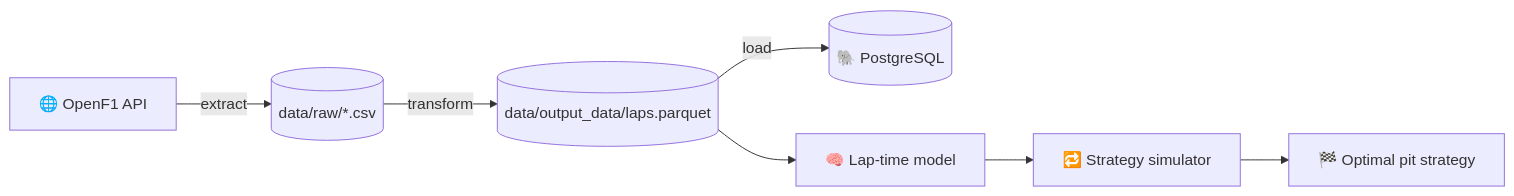
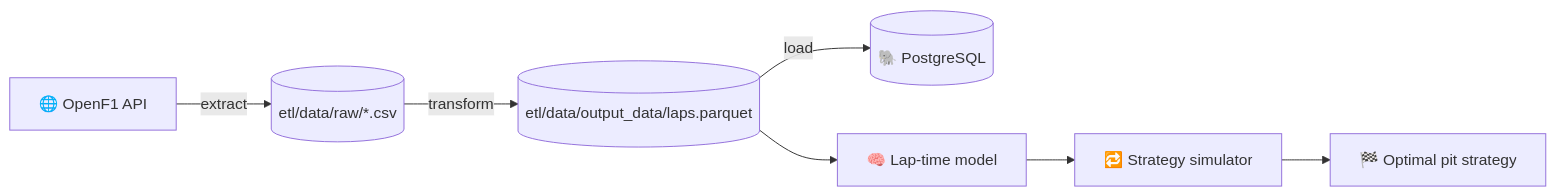
The diagram in README.md (anabbarbosa/predictive_race_strategy), drawn with Mermaid before and after one commit. The commit also changed other lines of this file, not shown here.

Commit message:
fix: update file paths in README for ETL directory structure

````diff
--- a/README.md
+++ b/README.md
@@ -39,9 +39,9 @@
 ```mermaid
 flowchart LR
-    A[🌐 OpenF1 API] -->|extract| B[(data/raw/*.csv)]
-    B -->|transform| C[(data/output_data/laps.parquet)]
+    A[🌐 OpenF1 API] -->|extract| B[(etl/data/raw/*.csv)]
+    B -->|transform| C[(etl/data/output_data/laps.parquet)]
     C -->|load| D[(🐘 PostgreSQL)]
     C --> E[🧠 Lap-time model]
     E --> F[🔁 Strategy simulator]
     F --> G[🏁 Optimal pit strategy]
 ```
````
